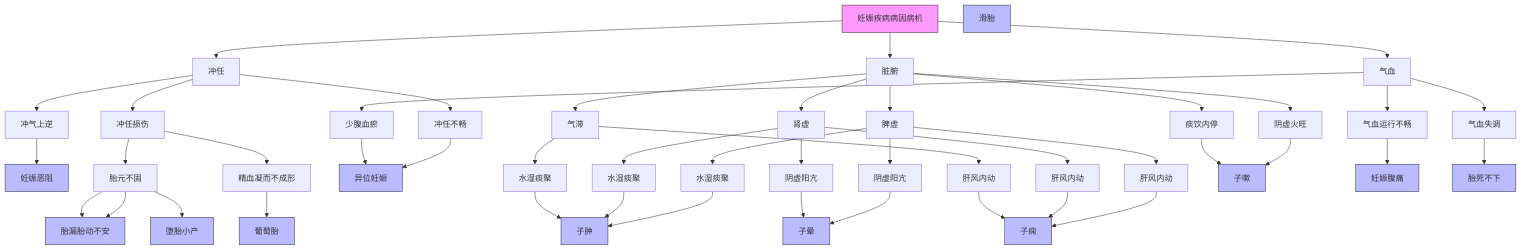
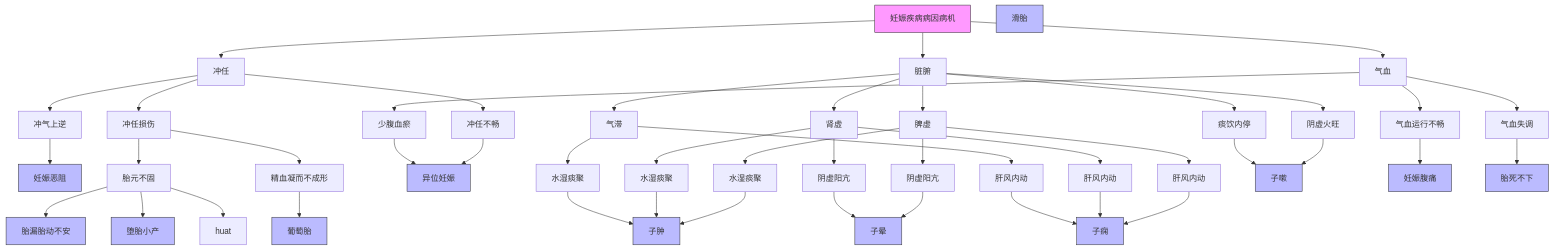
One commit to lili23755/iodraw-files changed the diagram in all/未命名.md. Above: the diagram before and after it, drawn with Mermaid.

Commit message:
2025-04-04 11:00:33 update

````diff
--- a/all/未命名.md
+++ b/all/未命名.md
@@ -1,41 +1,41 @@
 ```mermaid
 flowchart TD
     A[妊娠疾病病因病机] --> B[冲任]
     A --> C[脏腑]
     A --> D[气血]
     
     B --> B1[冲气上逆] --> 妊娠恶阻
-    B --> B2[冲任损伤] --> B2a[胎元不固] -->胎漏胎动不安 &  堕胎小产 & 胎漏胎动不安
+    B --> B2[冲任损伤] --> B2a[胎元不固] -->胎漏胎动不安 & 堕胎小产 & huat
     B2[冲任损伤] --> B2b[精血凝而不成形] -->葡萄胎 
     B --> B3[冲任不畅] --> 异位妊娠
     
     C --> C1[脾虚] --> C1a[水湿痰聚] --> 子肿
     C1 --> C1b[肝风内动] --> 子痫
     C1 --> C1c[阴虚阳亢] --> 子晕
     C --> C2[肾虚] --> C2a[水湿痰聚] --> 子肿
     C2 --> C2b[肝风内动] --> 子痫
     C2 --> C2c[阴虚阳亢] --> 子晕
     C --> C3[气滞] --> C3a[水湿痰聚] --> 子肿
     C3 --> C3b[肝风内动] --> 子痫
     C --> C4[阴虚火旺] --> 子嗽
     C --> C5[痰饮内停] --> 子嗽
     
     D --> D1[气血运行不畅] --> 妊娠腹痛
     D --> D2[气血失调] --> 胎死不下
     D --> D3[少腹血瘀] --> 异位妊娠
 
     style A fill:#f9f,stroke:#333
     style 妊娠恶阻 fill:#bbf,stroke:#333
     style 堕胎小产 fill:#bbf,stroke:#333
     style 滑胎 fill:#bbf,stroke:#333
     style 异位妊娠 fill:#bbf,stroke:#333
     style 子肿 fill:#bbf,stroke:#333
     style 子痫 fill:#bbf,stroke:#333
     style 胎漏胎动不安 fill:#bbf,stroke:#333
     style 胎死不下 fill:#bbf,stroke:#333
     style 妊娠腹痛 fill:#bbf,stroke:#333
     style 葡萄胎 fill:#bbf,stroke:#333
     style 子晕 fill:#bbf,stroke:#333
     style 子嗽 fill:#bbf,stroke:#333
 	  
 ```
````
